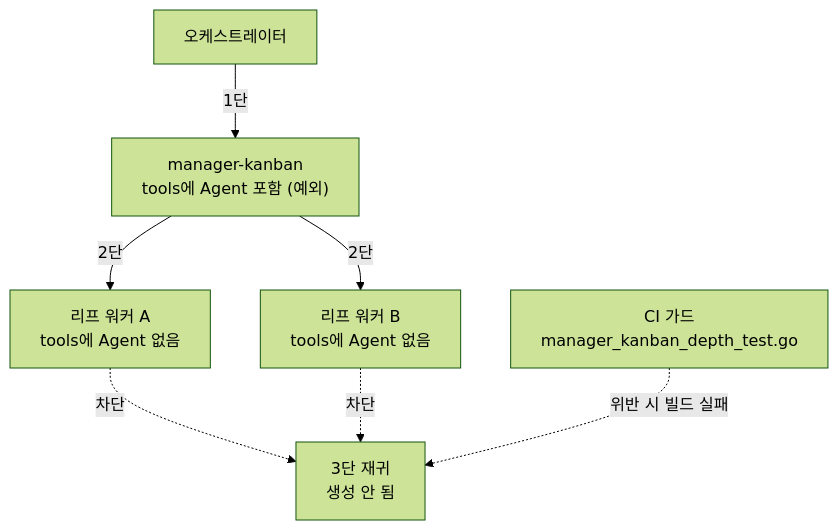
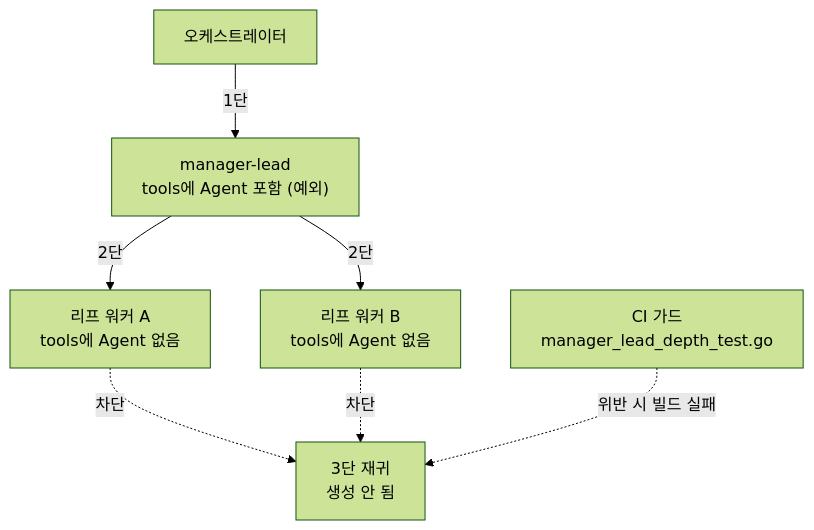
The fourth of 4 diagrams in docs-site/content/ko/advanced/agent-guide.md (modu-ai/moai-adk), drawn with Mermaid (forest theme) before and after one commit. The commit also changed other lines of this file and 17 other files, not shown here.

First line of the commit message:
docs(docs-site): sweep manager-kanban -> manager-lead agent-name prose (4 locales)

````diff
--- a/docs-site/content/ko/advanced/agent-guide.md
+++ b/docs-site/content/ko/advanced/agent-guide.md
@@ -189,9 +189,9 @@
 ```mermaid
 flowchart TD
-    ORCH["오케스트레이터"] -->|"1단"| LEAD["manager-kanban<br>tools에 Agent 포함 (예외)"]
+    ORCH["오케스트레이터"] -->|"1단"| LEAD["manager-lead<br>tools에 Agent 포함 (예외)"]
     LEAD -->|"2단"| W1["리프 워커 A<br>tools에 Agent 없음"]
     LEAD -->|"2단"| W2["리프 워커 B<br>tools에 Agent 없음"]
     W1 -.->|"차단"| X["3단 재귀<br>생성 안 됨"]
     W2 -.->|"차단"| X
-    GUARD["CI 가드<br>manager_kanban_depth_test.go"] -.->|"위반 시 빌드 실패"| X
+    GUARD["CI 가드<br>manager_lead_depth_test.go"] -.->|"위반 시 빌드 실패"| X
 ```
````
